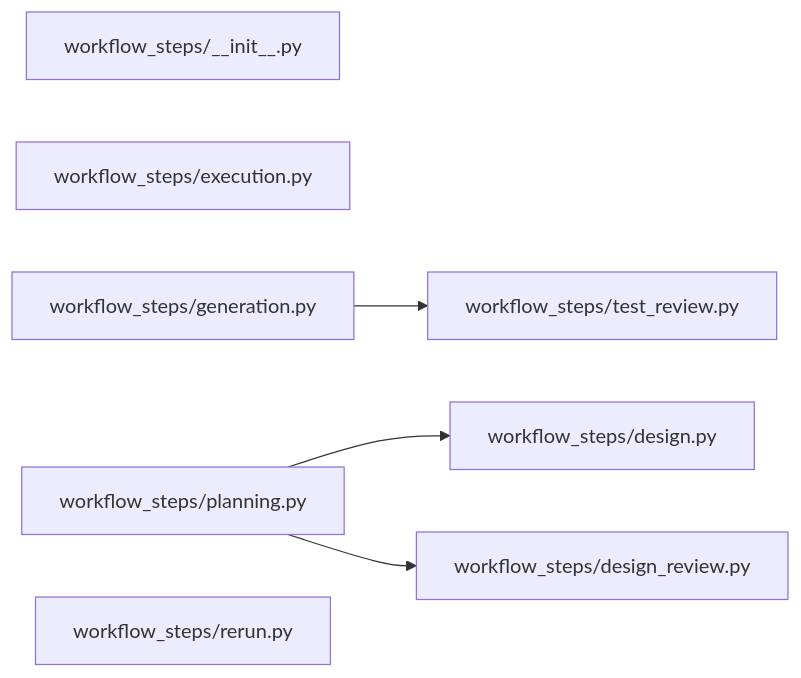
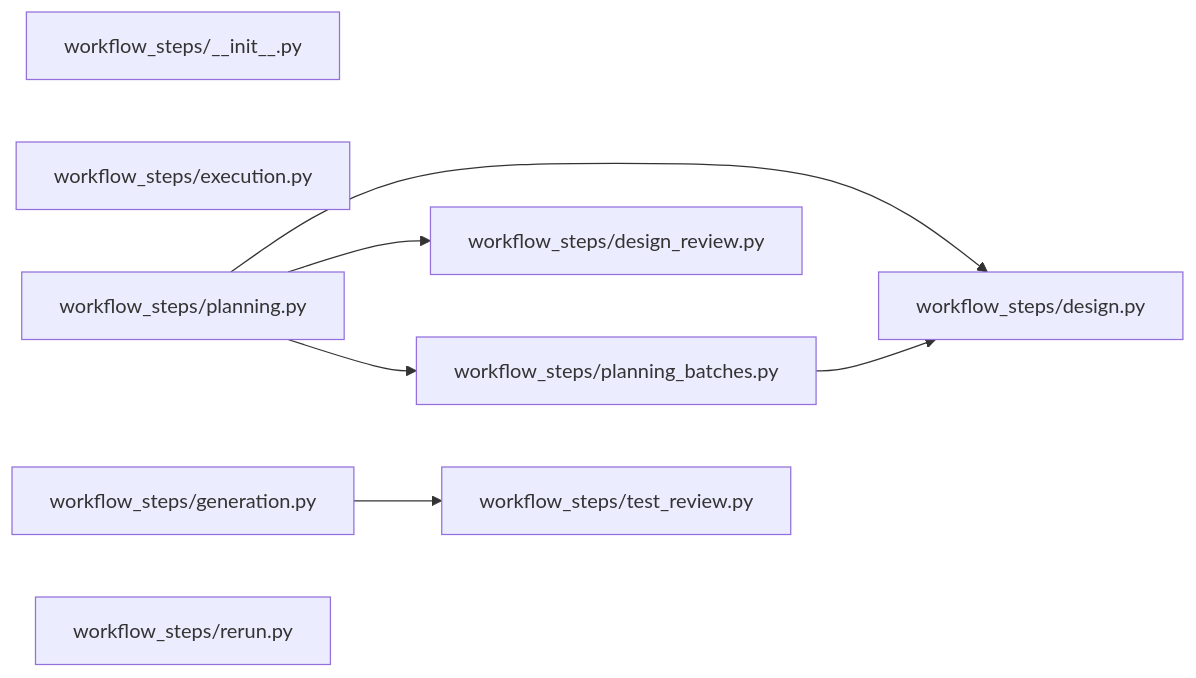
Diagram 21 of 21 in docs/ARCHITECTURE_MAP.md (sarveshtalele/maf-harness-testing), drawn with Mermaid before and after one commit. The commit also changed other lines of this file and 5 other files, not shown here.

Commit message:
feat(planning): batch test planning by component with deterministic merge, resume cache, ETA units

````diff
--- a/docs/ARCHITECTURE_MAP.md
+++ b/docs/ARCHITECTURE_MAP.md
@@ -499,14 +499,17 @@
 ```mermaid
 flowchart LR
   f0["workflow_steps/__init__.py"]
   f1["workflow_steps/design.py"]
   f2["workflow_steps/design_review.py"]
   f3["workflow_steps/execution.py"]
   f4["workflow_steps/generation.py"]
   f5["workflow_steps/planning.py"]
-  f6["workflow_steps/rerun.py"]
-  f7["workflow_steps/test_review.py"]
-  f4 --> f7
+  f6["workflow_steps/planning_batches.py"]
+  f7["workflow_steps/rerun.py"]
+  f8["workflow_steps/test_review.py"]
+  f4 --> f8
   f5 --> f1
   f5 --> f2
+  f5 --> f6
+  f6 --> f1
 ```
````
